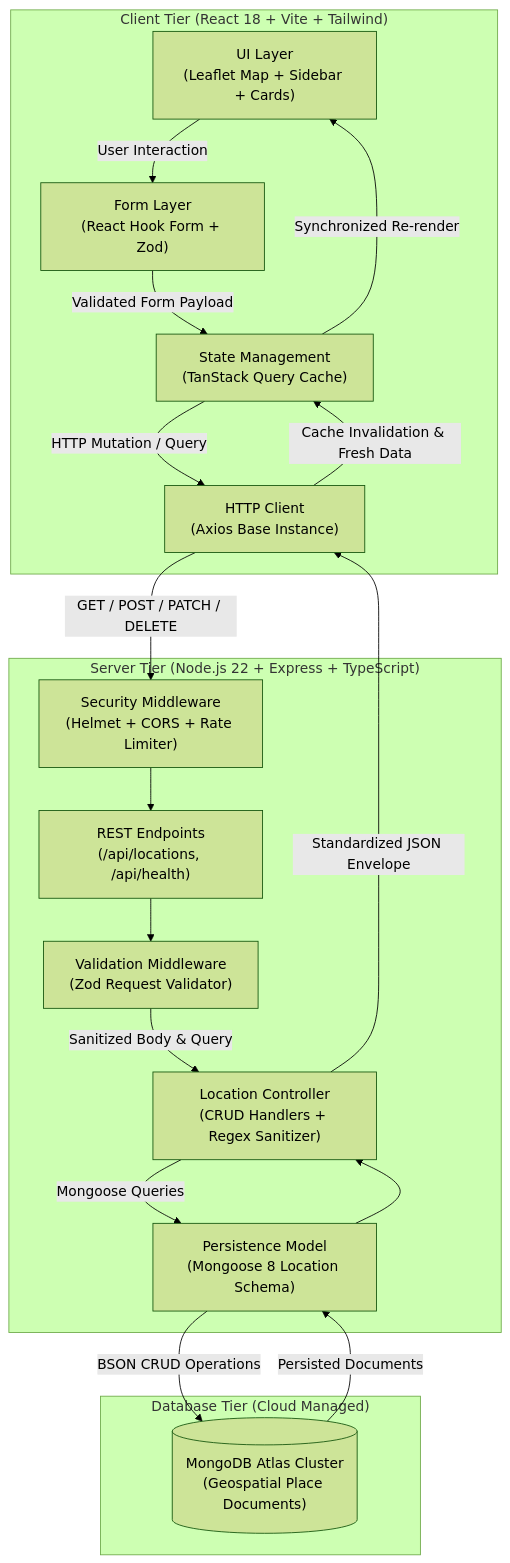
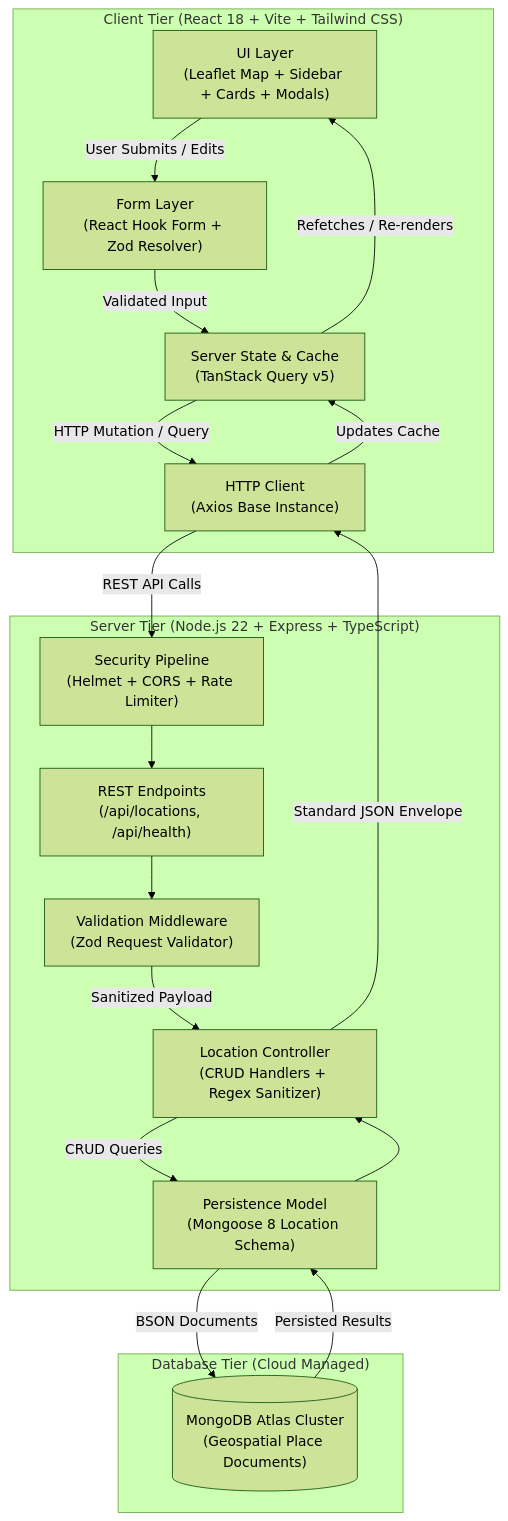
The diagram in README.md (Satvik77777/spotly), drawn with Mermaid (forest theme) before and after one commit. The commit also changed other lines of this file, not shown here.

Commit message:
docs: position architecture and key technical decisions at the start of README

````diff
--- a/README.md
+++ b/README.md
@@ -69,36 +33,36 @@
 ```mermaid
 graph TD
-    subgraph Browser ["Client Tier (React 18 + Vite + Tailwind)"]
-        UI["UI Layer<br/>(Leaflet Map + Sidebar + Cards)"]
-        RHF["Form Layer<br/>(React Hook Form + Zod)"]
-        Cache["State Management<br/>(TanStack Query Cache)"]
+    subgraph Browser ["Client Tier (React 18 + Vite + Tailwind CSS)"]
+        UI["UI Layer<br/>(Leaflet Map + Sidebar + Cards + Modals)"]
+        RHF["Form Layer<br/>(React Hook Form + Zod Resolver)"]
+        Cache["Server State & Cache<br/>(TanStack Query v5)"]
         ClientAPI["HTTP Client<br/>(Axios Base Instance)"]
     end
 
     subgraph Server ["Server Tier (Node.js 22 + Express + TypeScript)"]
         Router["REST Endpoints<br/>(/api/locations, /api/health)"]
-        SecMiddleware["Security Middleware<br/>(Helmet + CORS + Rate Limiter)"]
+        SecMiddleware["Security Pipeline<br/>(Helmet + CORS + Rate Limiter)"]
         ValMiddleware["Validation Middleware<br/>(Zod Request Validator)"]
         Controller["Location Controller<br/>(CRUD Handlers + Regex Sanitizer)"]
         Model["Persistence Model<br/>(Mongoose 8 Location Schema)"]
     end
 
     subgraph Database ["Database Tier (Cloud Managed)"]
         Atlas[("MongoDB Atlas Cluster<br/>(Geospatial Place Documents)")]
     end
 
-    UI -->|User Interaction| RHF
-    RHF -->|Validated Form Payload| Cache
+    UI -->|User Submits / Edits| RHF
+    RHF -->|Validated Input| Cache
     Cache -->|HTTP Mutation / Query| ClientAPI
-    ClientAPI -->|GET / POST / PATCH / DELETE| SecMiddleware
+    ClientAPI -->|REST API Calls| SecMiddleware
     SecMiddleware --> Router
     Router --> ValMiddleware
-    ValMiddleware -->|Sanitized Body & Query| Controller
-    Controller -->|Mongoose Queries| Model
-    Model -->|BSON CRUD Operations| Atlas
-    Atlas -->|Persisted Documents| Model
+    ValMiddleware -->|Sanitized Payload| Controller
+    Controller -->|CRUD Queries| Model
+    Model -->|BSON Documents| Atlas
+    Atlas -->|Persisted Results| Model
     Model --> Controller
-    Controller -->|Standardized JSON Envelope| ClientAPI
-    ClientAPI -->|Cache Invalidation & Fresh Data| Cache
-    Cache -->|Synchronized Re-render| UI
+    Controller -->|Standard JSON Envelope| ClientAPI
+    ClientAPI -->|Updates Cache| Cache
+    Cache -->|Refetches / Re-renders| UI
 ```
````
